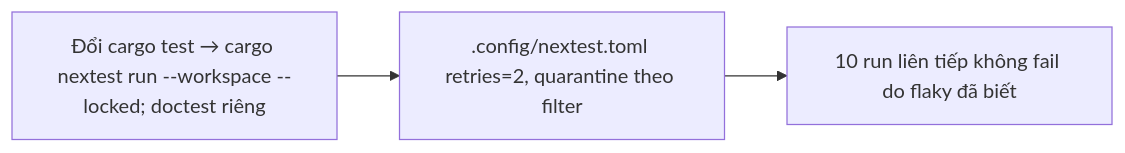
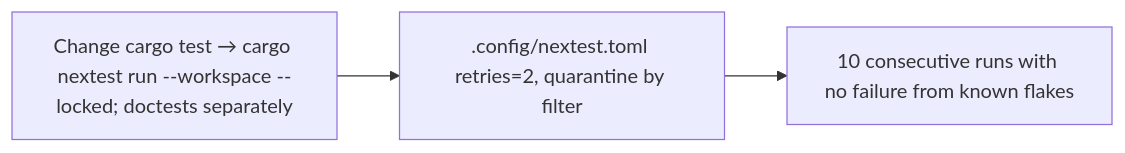
The diagram in plans/specs/v0.7-effects-export/us/US-10.md (jangtrinh/design-os-studio), drawn with Mermaid before and after one commit. The commit also changed other lines of this file and 38 other files, not shown here.

````diff
--- a/plans/specs/v0.7-effects-export/us/US-10.md
+++ b/plans/specs/v0.7-effects-export/us/US-10.md
@@ -42,5 +42,5 @@
 ```mermaid
 flowchart LR
-  A["Đổi cargo test → cargo nextest run --workspace --locked; doctest riêng"] --> B[".config/nextest.toml retries=2, quarantine theo filter"]
-  B --> C["10 run liên tiếp không fail do flaky đã biết"]
+  A["Change cargo test → cargo nextest run --workspace --locked; doctests separately"] --> B[".config/nextest.toml retries=2, quarantine by filter"]
+  B --> C["10 consecutive runs with no failure from known flakes"]
 ```
````
